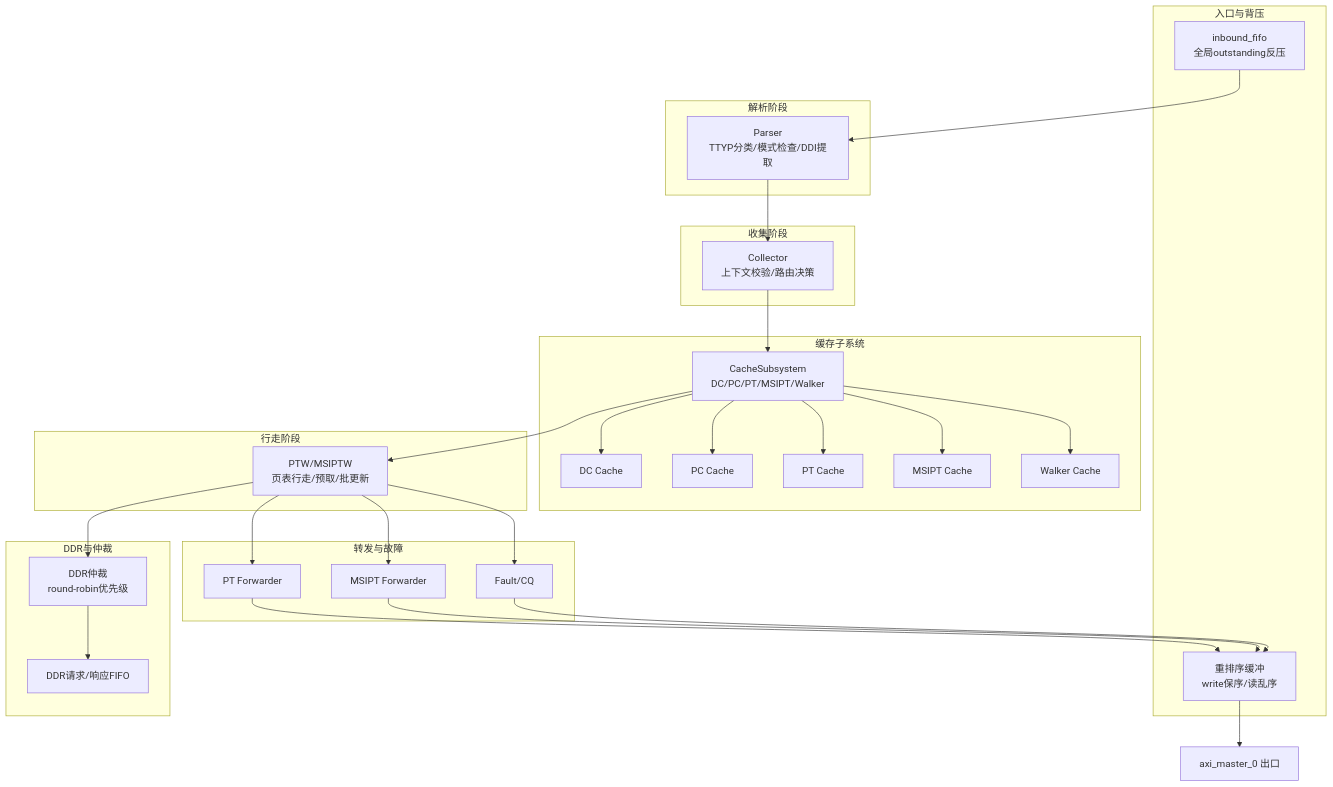
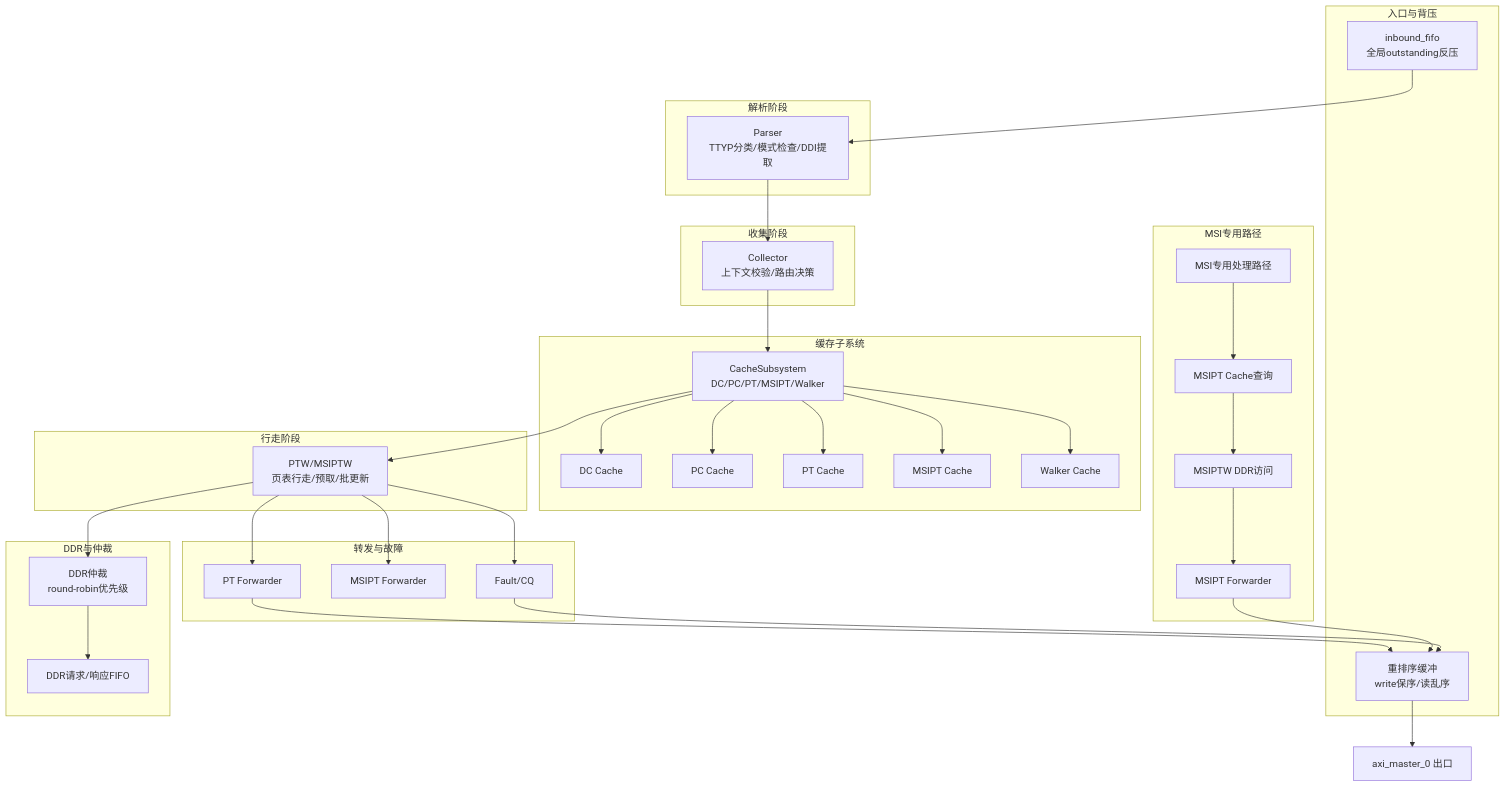
The first of 8 diagrams in .qoder/repowiki/zh/content/核心架构/流水线架构.md (jiangjiang1122/iommu_model_20260401_v1), drawn with Mermaid before and after one commit. The commit also changed other lines of this file and 159 other files, not shown here.

Commit message:
chore: 更新知识库文档 + 新增PTW并发分析图表与数据文件

````diff
--- a/.qoder/repowiki/zh/content/核心架构/流水线架构.md
+++ b/.qoder/repowiki/zh/content/核心架构/流水线架构.md
@@ -52,40 +69,47 @@
 ```mermaid
 graph TB
 subgraph "入口与背压"
 IN["inbound_fifo<br/>全局outstanding反压"]
 RE["重排序缓冲<br/>write保序/读乱序"]
 end
 subgraph "解析阶段"
 PARSER["Parser<br/>TTYP分类/模式检查/DDI提取"]
 end
 subgraph "收集阶段"
 COL["Collector<br/>上下文校验/路由决策"]
 end
 subgraph "缓存子系统"
 CS["CacheSubsystem<br/>DC/PC/PT/MSIPT/Walker"]
 DC["DC Cache"]
 PC["PC Cache"]
 PT["PT Cache"]
 MSI["MSIPT Cache"]
 WK["Walker Cache"]
 end
 subgraph "行走阶段"
 PTW["PTW/MSIPTW<br/>页表行走/预取/批更新"]
 end
+subgraph "MSI专用路径"
+MSI_PATH["MSI专用处理路径"]
+MSI_QUERY["MSIPT Cache查询"]
+MSI_WALK["MSIPTW DDR访问"]
+MSI_FWD["MSIPT Forwarder"]
+end
 subgraph "转发与故障"
 PF["PT Forwarder"]
 MF["MSIPT Forwarder"]
 FC["Fault/CQ"]
 end
 subgraph "DDR与仲裁"
 ARB["DDR仲裁<br/>round-robin优先级"]
 FIFO["DDR请求/响应FIFO"]
 end
 IN --> PARSER --> COL --> CS --> PTW
 CS --> DC & PC & PT & MSI & WK
 PTW --> PF & MF & FC
 PF --> RE --> OUT["axi_master_0 出口"]
-MF --> RE
+MSI_PATH --> MSI_QUERY --> MSI_WALK --> MSI_FWD
+MSI_FWD --> RE
 FC --> RE
 PTW --> ARB --> FIFO
 ```
````
